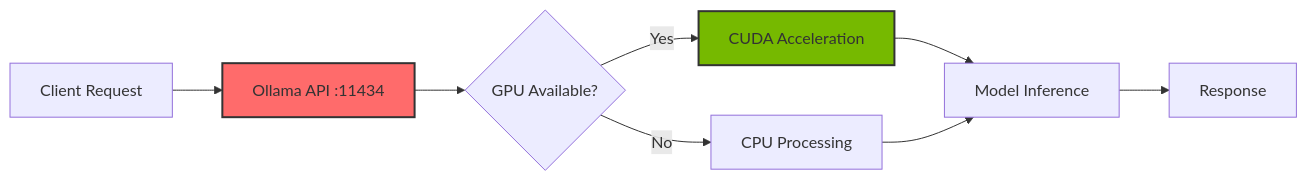
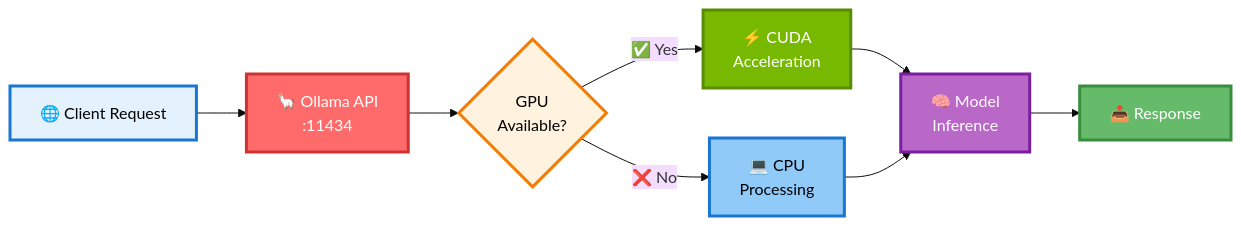
The second of 14 diagrams in docs/ARCHITECTURE.md (MPFabio/Stack-IA), drawn with Mermaid before and after one commit. The commit also changed other lines of this file, not shown here.

First line of the commit message:
feat(docs): Architecture ultra-colorée et moderne

````diff
--- a/docs/ARCHITECTURE.md
+++ b/docs/ARCHITECTURE.md
@@ -97,13 +118,19 @@
 ```mermaid
+%%{init: {'theme':'base', 'themeVariables': { 'fontSize':'16px'}}}%%
 graph LR
-    A[Client Request] --> B[Ollama API :11434]
-    B --> C{GPU Available?}
-    C -->|Yes| D[CUDA Acceleration]
-    C -->|No| E[CPU Processing]
-    D --> F[Model Inference]
+    A["🌐 Client Request"] --> B["🦙 Ollama API<br/>:11434"]
+    B --> C{"GPU<br/>Available?"}
+    C -->|"✅ Yes"| D["⚡ CUDA<br/>Acceleration"]
+    C -->|"❌ No"| E["💻 CPU<br/>Processing"]
+    D --> F["🧠 Model<br/>Inference"]
     E --> F
-    F --> G[Response]
+    F --> G["📤 Response"]
     
-    style B fill:#ff6b6b,stroke:#333,stroke-width:2px
-    style D fill:#76b900,stroke:#333,stroke-width:2px
+    style A fill:#e3f2fd,stroke:#1976d2,stroke-width:3px,color:#000
+    style B fill:#ff6b6b,stroke:#cc3333,stroke-width:3px,color:#fff
+    style C fill:#fff3e0,stroke:#f57c00,stroke-width:3px,color:#000
+    style D fill:#76b900,stroke:#5a8c00,stroke-width:3px,color:#fff
+    style E fill:#90caf9,stroke:#1976d2,stroke-width:3px,color:#000
+    style F fill:#ba68c8,stroke:#7b1fa2,stroke-width:3px,color:#fff
+    style G fill:#66bb6a,stroke:#388e3c,stroke-width:3px,color:#fff
 ```
````
